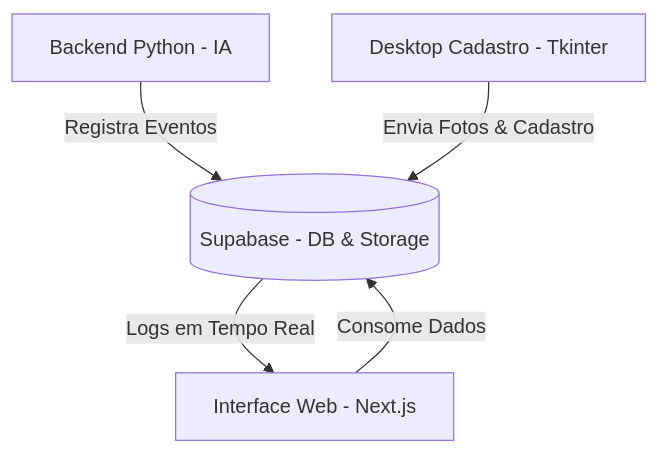
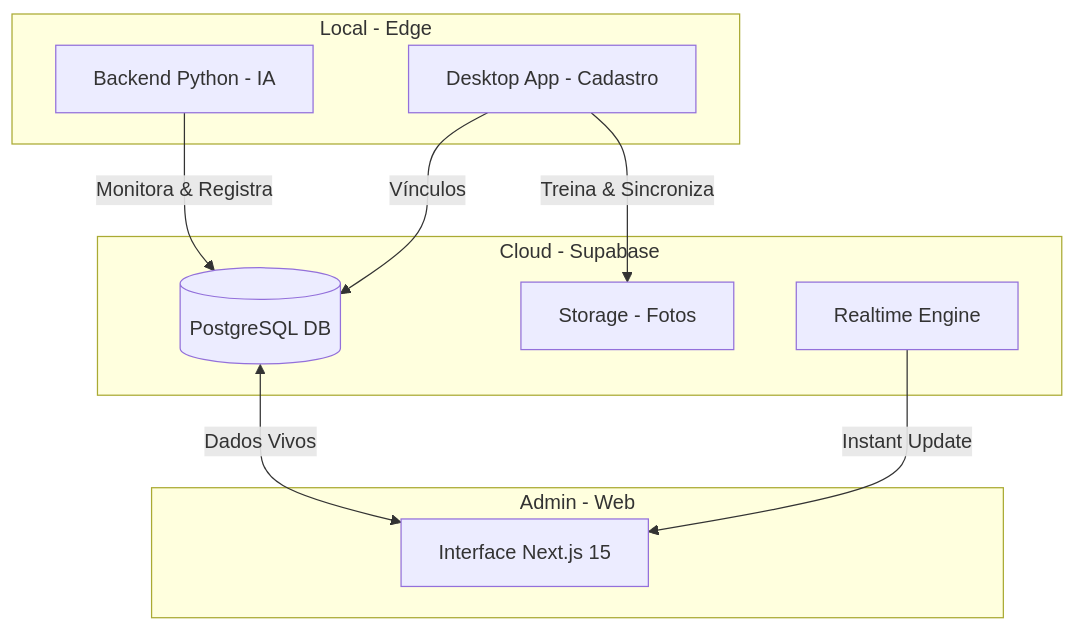
Before and after one commit to rafaeldominguesdev/Escola-Reconhecimento: the diagram in README.md, drawn with Mermaid. The commit also changed other lines of this file, not shown here.

````diff
--- a/README.md
+++ b/README.md
@@ -17,7 +18,23 @@
 ```mermaid
 graph TD
-    A[Backend Python - IA] -->|Registra Eventos| B[(Supabase - DB & Storage)]
-    C[Interface Web - Next.js] -->|Consome Dados| B
-    D[Desktop Cadastro - Tkinter] -->|Envia Fotos & Cadastro| B
-    B -->|Logs em Tempo Real| C
+    subgraph "Local - Edge"
+        A[Backend Python - IA]
+        D[Desktop App - Cadastro]
+    end
+    
+    subgraph "Cloud - Supabase"
+        B[(PostgreSQL DB)]
+        E[Storage - Fotos]
+        F[Realtime Engine]
+    end
+    
+    subgraph "Admin - Web"
+        C[Interface Next.js 15]
+    end
+
+    A -->|Monitora & Registra| B
+    D -->|Treina & Sincroniza| E
+    D -->|Vínculos| B
+    B <-->|Dados Vivos| C
+    F -->|Instant Update| C
 ```
````
